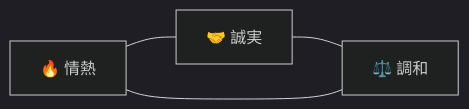
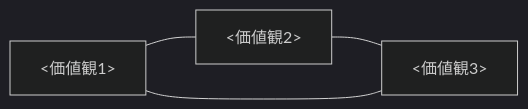
Before and after one commit to sflren6741/SHUKI: the diagram in 00_Intranet/AI運用ルール集（イントラ）/哲学・価値観.md, drawn with Mermaid (dark theme). The commit also changed other lines of this file and 20 other files, not shown here.

````diff
--- a/00_Intranet/AI運用ルール集（イントラ）/哲学・価値観.md
+++ b/00_Intranet/AI運用ルール集（イントラ）/哲学・価値観.md
@@ -12,6 +17,6 @@
 ```mermaid
 flowchart LR
-	A["🔥 情熱"] --- B["🤝 誠実"]
-	B --- C["⚖️ 調和"]
+	A["<価値観1>"] --- B["<価値観2>"]
+	B --- C["<価値観3>"]
 	A --- C
 ```
````
